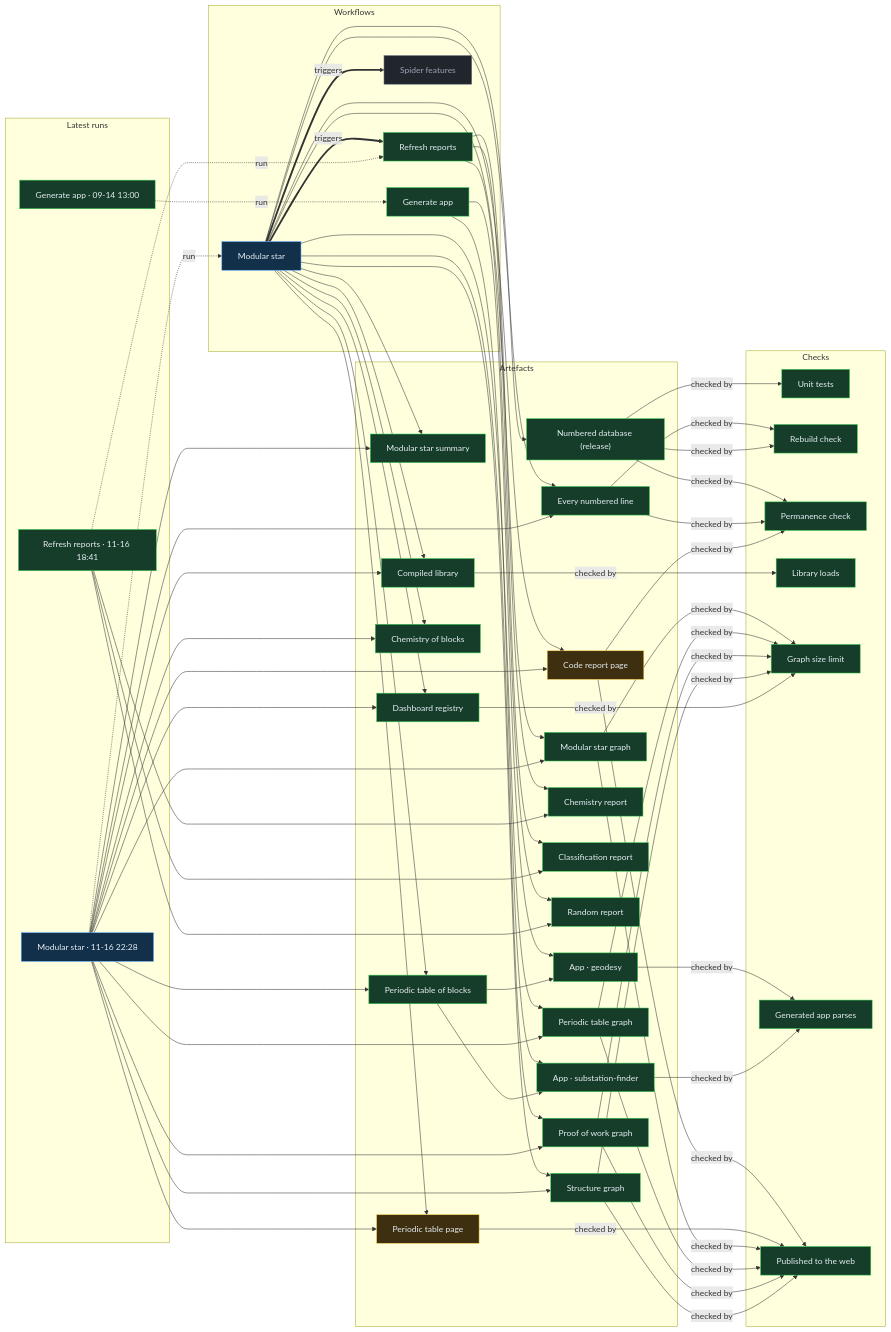
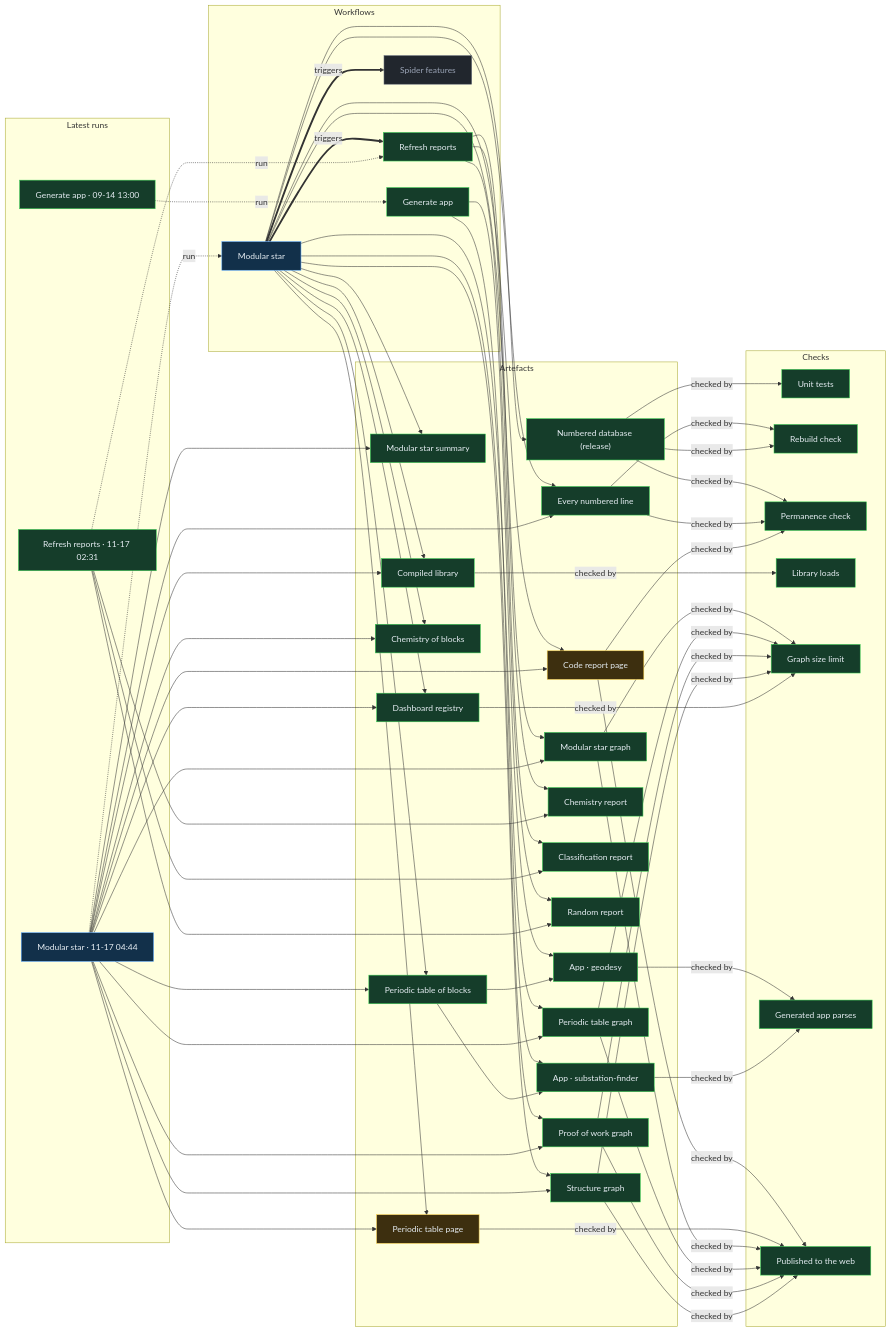
One commit to Ventusltd/stars changed the diagram in proof/PROOF.md. Above: the diagram before and after it, drawn with Mermaid. The commit also changed other lines of this file and 265 other files, not shown here.

Commit message:
Modular star 2026-11-17T04:47Z

```diff
--- a/proof/PROOF.md
+++ b/proof/PROOF.md
@@ -24,8 +24,8 @@
   n_wf_spider_features["Spider features"]:::off
   end
   subgraph g_runs["Latest runs"]
-  n_run_43970400408["Modular star · 11-16 22:28"]:::live
-  n_run_43931549677["Refresh reports · 11-16 18:41"]:::ok
+  n_run_44019288420["Modular star · 11-17 04:44"]:::live
+  n_run_44003601840["Refresh reports · 11-17 02:31"]:::ok
   n_run_34846587798["Generate app · 09-14 13:00"]:::ok
   end
   subgraph g_artefacts["Artefacts"]
@@ -59,39 +59,39 @@
   end
   n_wf_modular_star == triggers ==> n_wf_refresh
   n_wf_modular_star == triggers ==> n_wf_spider_features
-  n_run_43970400408 -. run .-> n_wf_modular_star
-  n_run_43931549677 -. run .-> n_wf_refresh
+  n_run_44019288420 -. run .-> n_wf_modular_star
+  n_run_44003601840 -. run .-> n_wf_refresh
   n_run_34846587798 -. run .-> n_wf_generate
   n_wf_modular_star --> n_art_summary
-  n_run_43970400408 --> n_art_summary
+  n_run_44019288420 --> n_art_summary
   n_wf_modular_star --> n_art_lines
-  n_run_43970400408 --> n_art_lines
+  n_run_44019288420 --> n_art_lines
   n_wf_modular_star --> n_art_code
-  n_run_43970400408 --> n_art_code
+  n_run_44019288420 --> n_art_code
   n_wf_modular_star --> n_art_modular_graph
-  n_run_43970400408 --> n_art_modular_graph
+  n_run_44019288420 --> n_art_modular_graph
   n_wf_modular_star --> n_art_blocks
-  n_run_43970400408 --> n_art_blocks
+  n_run_44019288420 --> n_art_blocks
   n_wf_modular_star --> n_art_table
-  n_run_43970400408 --> n_art_table
+  n_run_44019288420 --> n_art_table
   n_wf_modular_star --> n_art_blocks_graph
-  n_run_43970400408 --> n_art_blocks_graph
+  n_run_44019288420 --> n_art_blocks_graph
   n_wf_modular_star --> n_art_reactions
-  n_run_43970400408 --> n_art_reactions
+  n_run_44019288420 --> n_art_reactions
   n_wf_modular_star --> n_art_library
-  n_run_43970400408 --> n_art_library
+  n_run_44019288420 --> n_art_library
   n_wf_modular_star --> n_art_features
-  n_run_43970400408 --> n_art_features
+  n_run_44019288420 --> n_art_features
   n_wf_modular_star --> n_art_proof
-  n_run_43970400408 --> n_art_proof
+  n_run_44019288420 --> n_art_proof
   n_wf_modular_star --> n_art_structure
-  n_run_43970400408 --> n_art_structure
+  n_run_44019288420 --> n_art_structure
   n_wf_refresh --> n_art_chemistry
-  n_run_43931549677 --> n_art_chemistry
+  n_run_44003601840 --> n_art_chemistry
   n_wf_refresh --> n_art_vedic
-  n_run_43931549677 --> n_art_vedic
+  n_run_44003601840 --> n_art_vedic
   n_wf_refresh --> n_art_random
-  n_run_43931549677 --> n_art_random
+  n_run_44003601840 --> n_art_random
   n_wf_modular_star --> n_art_release
   n_wf_generate --> n_app_geodesy
   n_art_blocks --> n_app_geodesy
```
